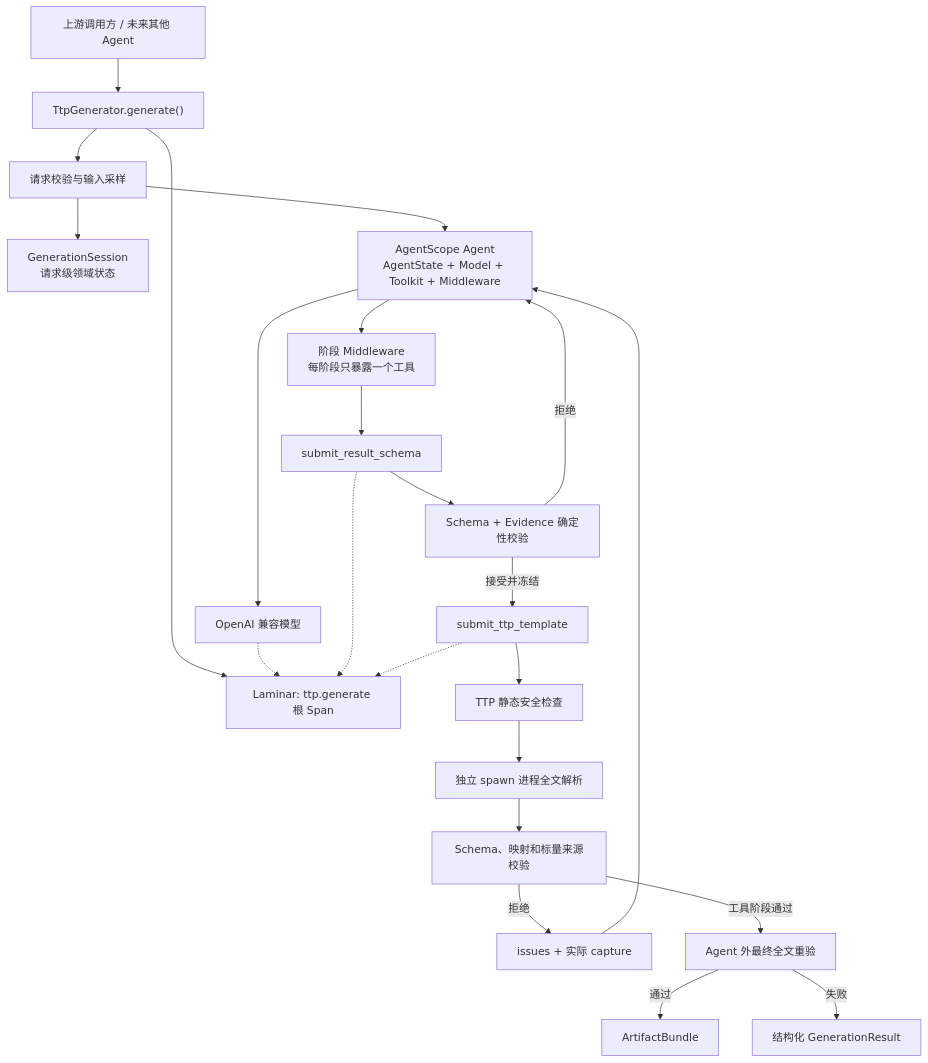
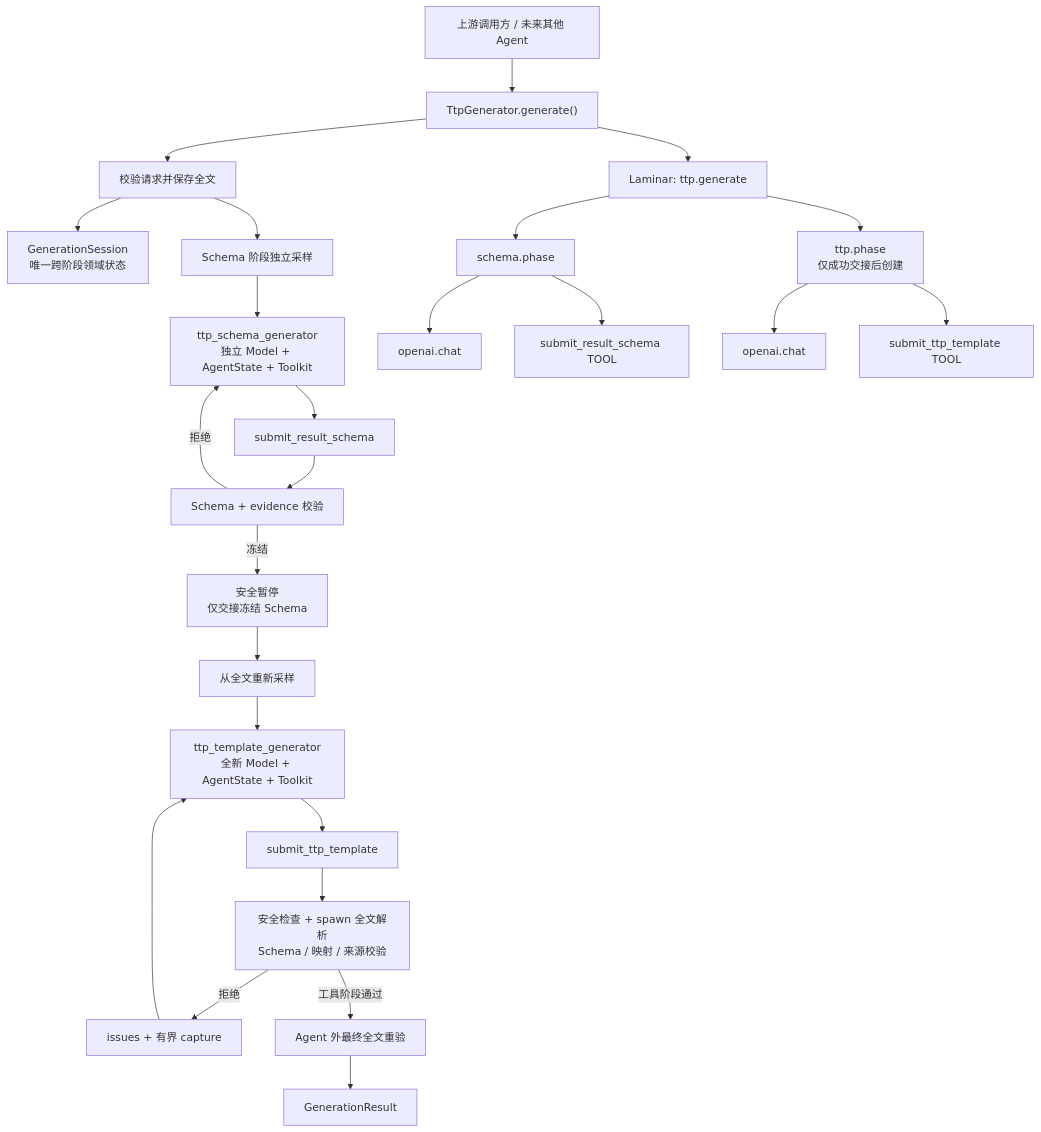
One commit to Madolkke/cli-parser changed the diagram in docs/agent-architecture-and-runtime.md. Above: the diagram before and after it, drawn with Mermaid. The commit also changed other lines of this file and 25 other files, not shown here.

First line of the commit message:
refactor: isolate schema and TTP agent phases

````diff
--- a/docs/agent-architecture-and-runtime.md
+++ b/docs/agent-architecture-and-runtime.md
@@ -16,33 +11,30 @@
 ```mermaid
 flowchart TD
     U["上游调用方 / 未来其他 Agent"] --> API["TtpGenerator.generate()"]
+    API --> REQ["校验请求并保存全文"]
+    API --> ROOT["Laminar: ttp.generate"]
 
-    API --> REQ["请求校验与输入采样"]
-    API --> TRACE["Laminar: ttp.generate 根 Span"]
+    REQ --> SESSION["GenerationSession<br/>唯一跨阶段领域状态"]
+    REQ --> SSAMPLE["Schema 阶段独立采样"]
+    SSAMPLE --> SAGENT["ttp_schema_generator<br/>独立 Model + AgentState + Toolkit"]
+    SAGENT --> STOOL["submit_result_schema"]
+    STOOL --> SVALIDATE["Schema + evidence 校验"]
+    SVALIDATE -->|拒绝| SAGENT
+    SVALIDATE -->|冻结| HANDOFF["安全暂停<br/>仅交接冻结 Schema"]
 
-    REQ --> SESSION["GenerationSession<br/>请求级领域状态"]
-    REQ --> AGENT["AgentScope Agent<br/>AgentState + Model + Toolkit + Middleware"]
+    HANDOFF --> TSAMPLE["从全文重新采样"]
+    TSAMPLE --> TAGENT["ttp_template_generator<br/>全新 Model + AgentState + Toolkit"]
+    TAGENT --> TTOOL["submit_ttp_template"]
+    TTOOL --> TVALIDATE["安全检查 + spawn 全文解析<br/>Schema / 映射 / 来源校验"]
+    TVALIDATE -->|拒绝| CAPTURE["issues + 有界 capture"]
+    CAPTURE --> TAGENT
+    TVALIDATE -->|工具阶段通过| FINAL["Agent 外最终全文重验"]
+    FINAL --> RESULT["GenerationResult"]
 
-    AGENT --> MODEL["OpenAI 兼容模型"]
-    AGENT --> PHASE["阶段 Middleware<br/>每阶段只暴露一个工具"]
-
-    PHASE --> SCHEMA["submit_result_schema"]
-    SCHEMA --> SV["Schema + Evidence 确定性校验"]
-    SV -->|拒绝| AGENT
-    SV -->|接受并冻结| TTP["submit_ttp_template"]
-
-    TTP --> TV["TTP 静态安全检查"]
-    TV --> WORKER["独立 spawn 进程全文解析"]
-    WORKER --> ACCEPT["Schema、映射和标量来源校验"]
-
-    ACCEPT -->|拒绝| CAPTURE["issues + 实际 capture"]
-    CAPTURE --> AGENT
-
-    ACCEPT -->|工具阶段通过| FINAL["Agent 外最终全文重验"]
-    FINAL -->|通过| ARTIFACT["ArtifactBundle"]
-    FINAL -->|失败| FAILED["结构化 GenerationResult"]
-
-    MODEL -.-> TRACE
-    SCHEMA -.-> TRACE
-    TTP -.-> TRACE
+    ROOT --> SPHASE["schema.phase"]
+    SPHASE --> SLLM["openai.chat"]
+    SPHASE --> STOOLSPAN["submit_result_schema TOOL"]
+    ROOT --> TPHASE["ttp.phase<br/>仅成功交接后创建"]
+    TPHASE --> TLLM["openai.chat"]
+    TPHASE --> TTOOLSPAN["submit_ttp_template TOOL"]
 ```
````
